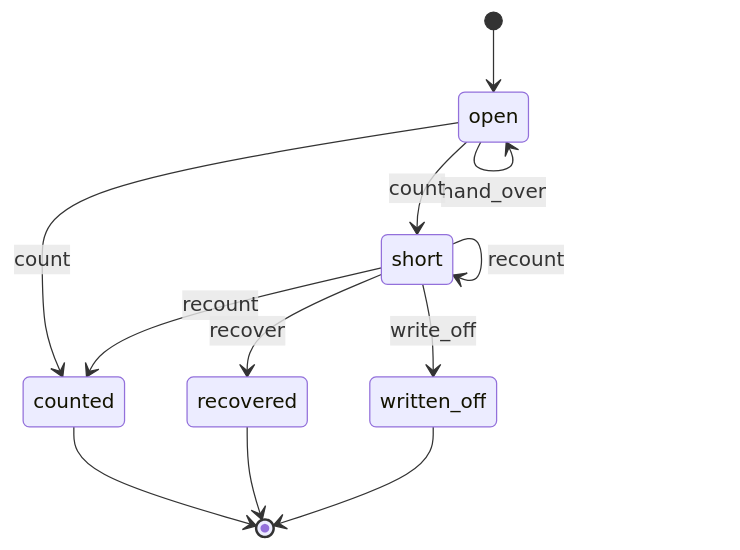
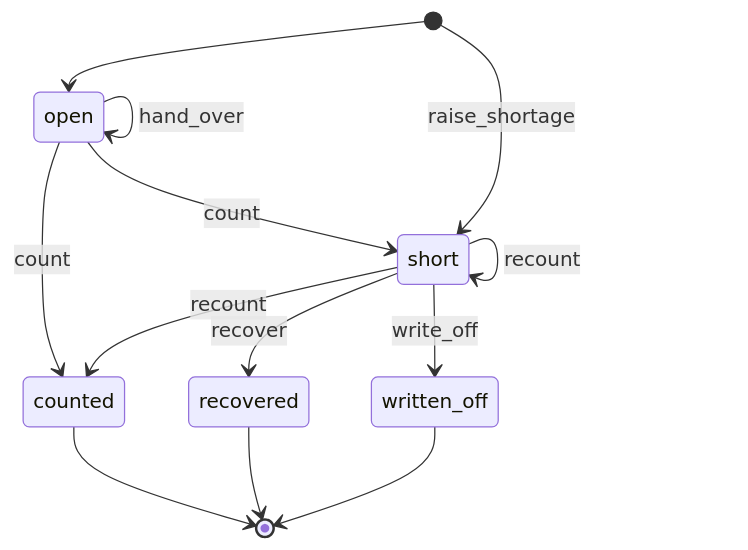
The sixth of 9 diagrams in docs/modules/wl-payments.md (renox-rs/white-label), drawn with Mermaid before and after one commit. The commit also changed other lines of this file and 53 other files, not shown here.

First line of the commit message:
Add negative-flow backlog and SME problem map

````diff
--- a/docs/modules/wl-payments.md
+++ b/docs/modules/wl-payments.md
@@ -329,14 +352,15 @@
 ```mermaid
 stateDiagram-v2
   [*] --> open
   open --> open: hand_over
   open --> counted: count
   open --> short: count
+  [*] --> short: raise_shortage
   short --> counted: recount
   short --> short: recount
   short --> recovered: recover
   short --> written_off: write_off
   counted --> [*]
   recovered --> [*]
   written_off --> [*]
 ```
````
